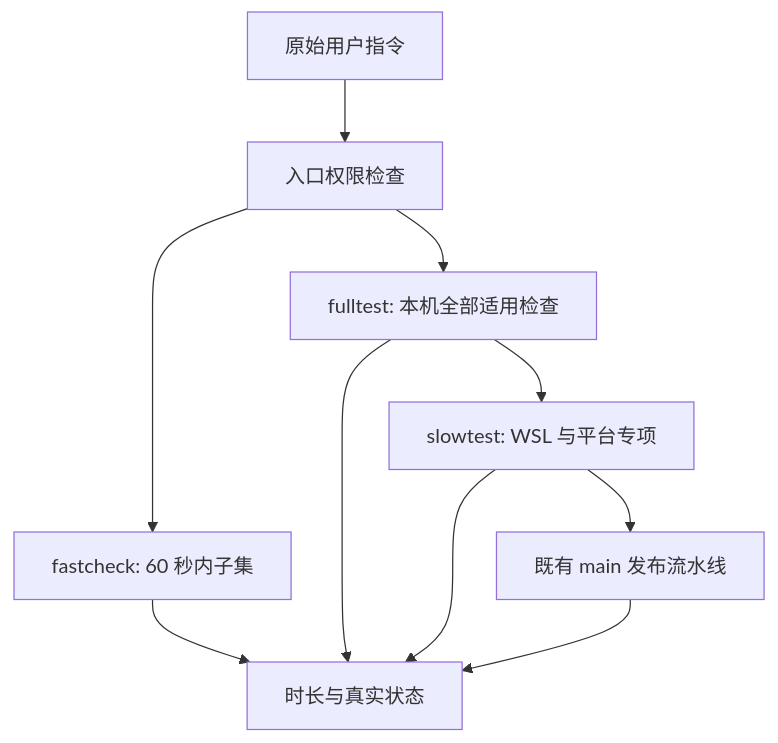
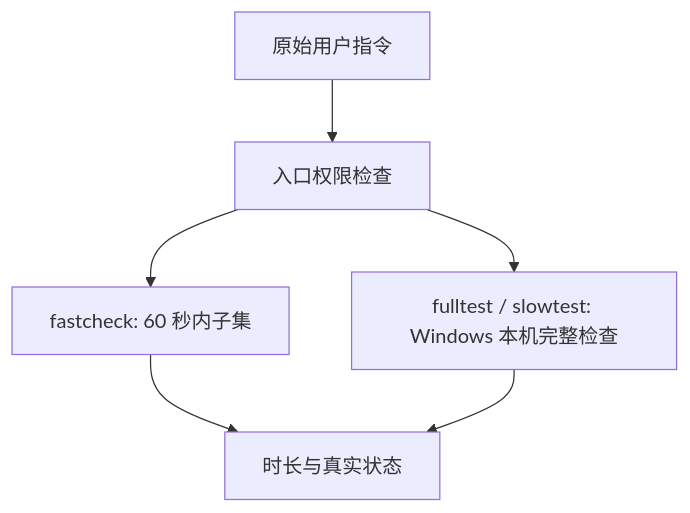
One commit to jchanghong023/OmpCode changed the diagram in docs/requirements/test-gates.md. Above: the diagram before and after it, drawn with Mermaid. The commit also changed other lines of this file and 34 other files, not shown here.

````diff
--- a/docs/requirements/test-gates.md
+++ b/docs/requirements/test-gates.md
@@ -13,12 +13,8 @@
 ```mermaid
 flowchart TD
   A[原始用户指令] --> B[入口权限检查]
   B --> C[fastcheck: 60 秒内子集]
-  B --> D[fulltest: 本机全部适用检查]
-  D --> E[slowtest: WSL 与平台专项]
-  E --> F[既有 main 发布流水线]
+  B --> D[fulltest / slowtest: Windows 本机完整检查]
   C --> G[时长与真实状态]
   D --> G
-  E --> G
-  F --> G
 ```
````
